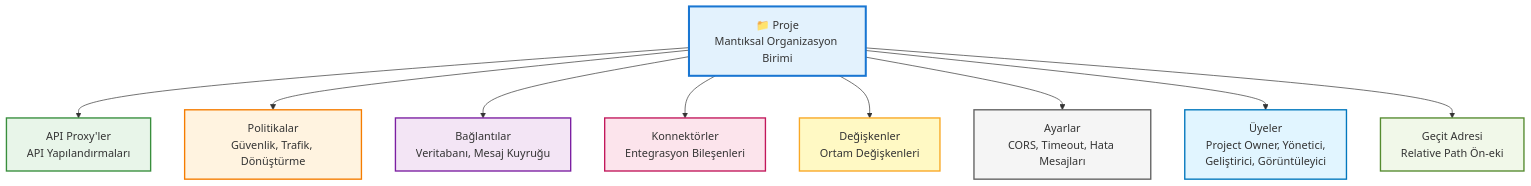
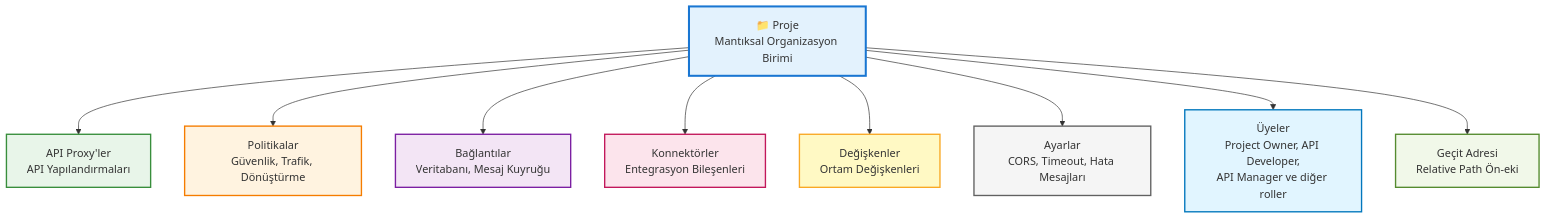
One commit to apinizer/docs changed the first of 2 diagrams in tr/concepts/temel-kavramlar/proje-nedir.mdx. Above: the diagram before and after it, drawn with Mermaid. The commit also changed other lines of this file and 134 other files, not shown here.

````diff
--- a/tr/concepts/temel-kavramlar/proje-nedir.mdx
+++ b/tr/concepts/temel-kavramlar/proje-nedir.mdx
@@ -30,23 +30,23 @@
 ```mermaid
 flowchart TD
     Project[📁 Proje<br/>Mantıksal Organizasyon Birimi]
     
     Project --> APIProxies[API Proxy'ler<br/>API Yapılandırmaları]
     Project --> Policies[Politikalar<br/>Güvenlik, Trafik, Dönüştürme]
     Project --> Connections[Bağlantılar<br/>Veritabanı, Mesaj Kuyruğu]
     Project --> Connectors[Konnektörler<br/>Entegrasyon Bileşenleri]
     Project --> Variables[Değişkenler<br/>Ortam Değişkenleri]
     Project --> Settings[Ayarlar<br/>CORS, Timeout, Hata Mesajları]
-    Project --> Members[Üyeler<br/>Project Owner, Yönetici,<br/>Geliştirici, Görüntüleyici]
+    Project --> Members[Üyeler<br/>Project Owner, API Developer,<br/>API Manager ve diğer roller]
     Project --> GatewayPath[Geçit Adresi<br/>Relative Path Ön-eki]
     
     style Project fill:#e3f2fd,stroke:#1976d2,stroke-width:3px
     style APIProxies fill:#e8f5e9,stroke:#388e3c,stroke-width:2px
     style Policies fill:#fff3e0,stroke:#f57c00,stroke-width:2px
     style Connections fill:#f3e5f5,stroke:#7b1fa2,stroke-width:2px
     style Connectors fill:#fce4ec,stroke:#c2185b,stroke-width:2px
     style Variables fill:#fff9c4,stroke:#f9a825,stroke-width:2px
     style Settings fill:#f5f5f5,stroke:#616161,stroke-width:2px
     style Members fill:#e1f5ff,stroke:#0277bd,stroke-width:2px
     style GatewayPath fill:#f1f8e9,stroke:#558b2f,stroke-width:2px
 ```
````
